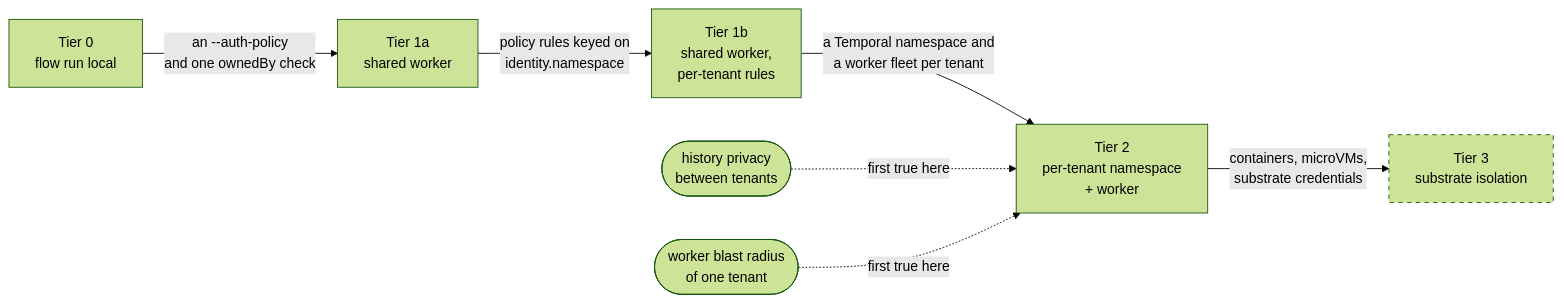
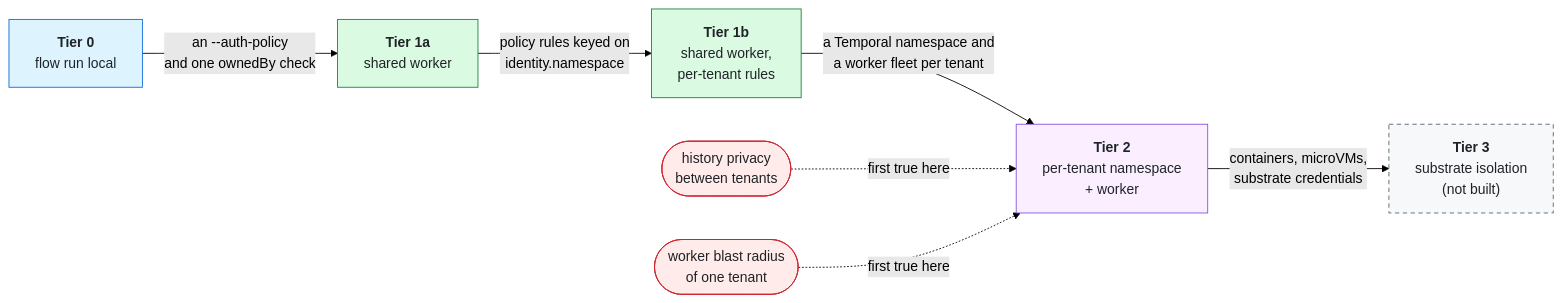
Before and after one commit to picatz/flowstate: the second of 2 diagrams in docs/DEPLOYMENT.md, drawn with Mermaid (forest theme). The commit also changed other lines of this file and 14 other files, not shown here.

First line of the commit message:
docs: one diagram palette, and diagrams across the project (#2382)

````diff
--- a/docs/DEPLOYMENT.md
+++ b/docs/DEPLOYMENT.md
@@ -339,13 +354,27 @@
 ```mermaid
 flowchart LR
-  T0["Tier 0<br/>flow run local"] -->|"an --auth-policy<br/>and one ownedBy check"| T1a["Tier 1a<br/>shared worker"]
-  T1a -->|"policy rules keyed on<br/>identity.namespace"| T1b["Tier 1b<br/>shared worker,<br/>per-tenant rules"]
-  T1b -->|"a Temporal namespace and<br/>a worker fleet per tenant"| T2["Tier 2<br/>per-tenant namespace<br/>+ worker"]
-  T2 -->|"containers, microVMs,<br/>substrate credentials"| T3["Tier 3<br/>substrate isolation"]
+  T0["<b>Tier 0</b><br/>flow run local"]
+  T1a["<b>Tier 1a</b><br/>shared worker"]
+  T1b["<b>Tier 1b</b><br/>shared worker,<br/>per-tenant rules"]
+  T2["<b>Tier 2</b><br/>per-tenant namespace<br/>+ worker"]
+  T3["<b>Tier 3</b><br/>substrate isolation<br/>(not built)"]
+
+  T0 -->|"an --auth-policy<br/>and one ownedBy check"| T1a
+  T1a -->|"policy rules keyed on<br/>identity.namespace"| T1b
+  T1b -->|"a Temporal namespace and<br/>a worker fleet per tenant"| T2
+  T2 -->|"containers, microVMs,<br/>substrate credentials"| T3
 
   History(["history privacy<br/>between tenants"]) -.->|"first true here"| T2
   Blast(["worker blast radius<br/>of one tenant"]) -.->|"first true here"| T2
 
-  classDef notbuilt stroke-dasharray: 5 5;
-  class T3 notbuilt;
+  classDef authoring fill:#DDF4FF,stroke:#0969DA,color:#1F2328
+  classDef runtime fill:#DAFBE1,stroke:#1A7F37,color:#1F2328
+  classDef durable fill:#FBEFFF,stroke:#8250DF,color:#1F2328
+  classDef govern fill:#FFEBE9,stroke:#CF222E,color:#1F2328
+  classDef planned fill:#F6F8FA,stroke:#57606A,stroke-dasharray:5 4,color:#1F2328
+  class T0 authoring
+  class T1a,T1b runtime
+  class T2 durable
+  class T3 planned
+  class History,Blast govern
 ```
````
